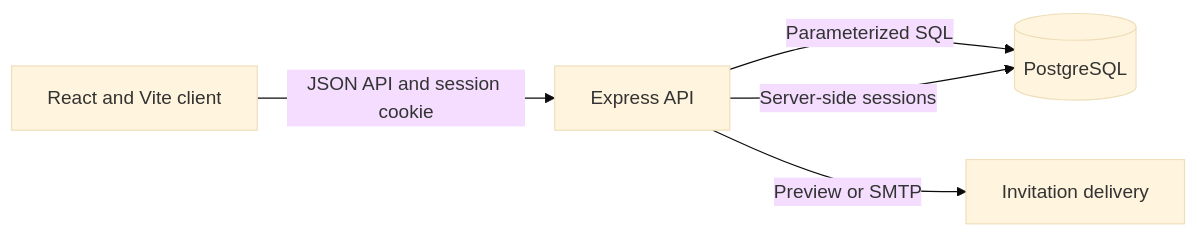
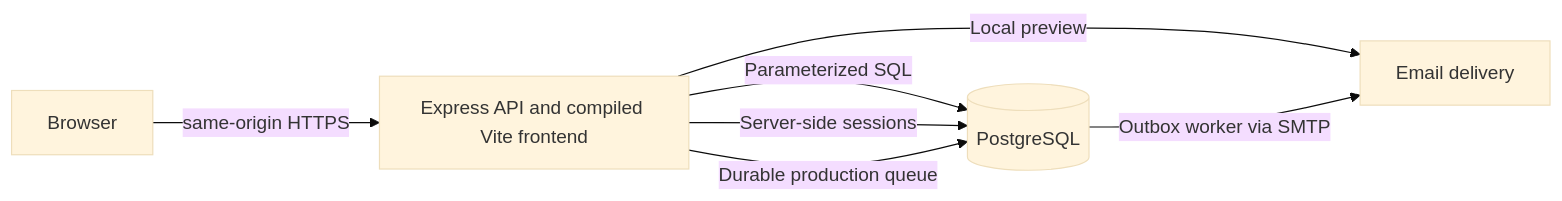
One commit to Yukiiii2/projectflow changed the diagram in README.md. Above: the diagram before and after it, drawn with Mermaid (base theme). The commit also changed other lines of this file and 48 other files, not shown here.

````diff
--- a/README.md
+++ b/README.md
@@ -50,7 +51,9 @@
 ```mermaid
 flowchart LR
-    Browser[React and Vite client] -->|JSON API and session cookie| API[Express API]
+    Browser[Browser] -->|same-origin HTTPS| API[Express API and compiled Vite frontend]
     API -->|Parameterized SQL| DB[(PostgreSQL)]
     API -->|Server-side sessions| DB
-    API -->|Preview or SMTP| Mail[Invitation delivery]
+    API -->|Durable production queue| DB
+    API -->|Local preview| Mail[Email delivery]
+    DB -->|Outbox worker via SMTP| Mail
 ```
````
